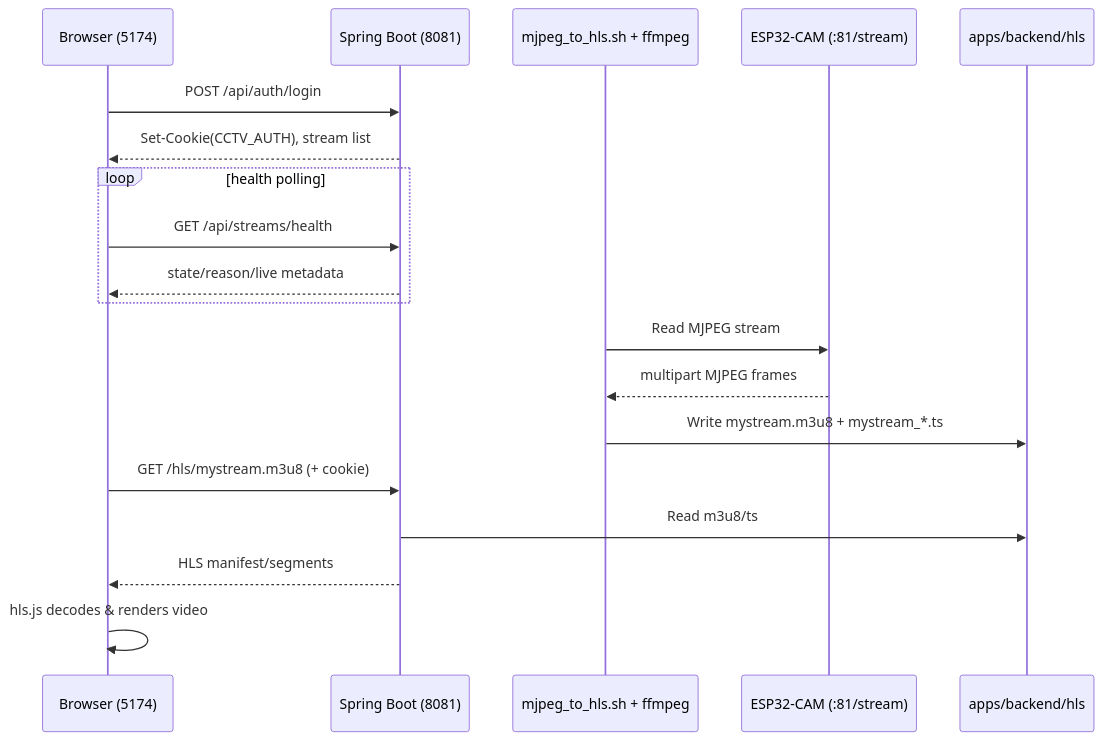
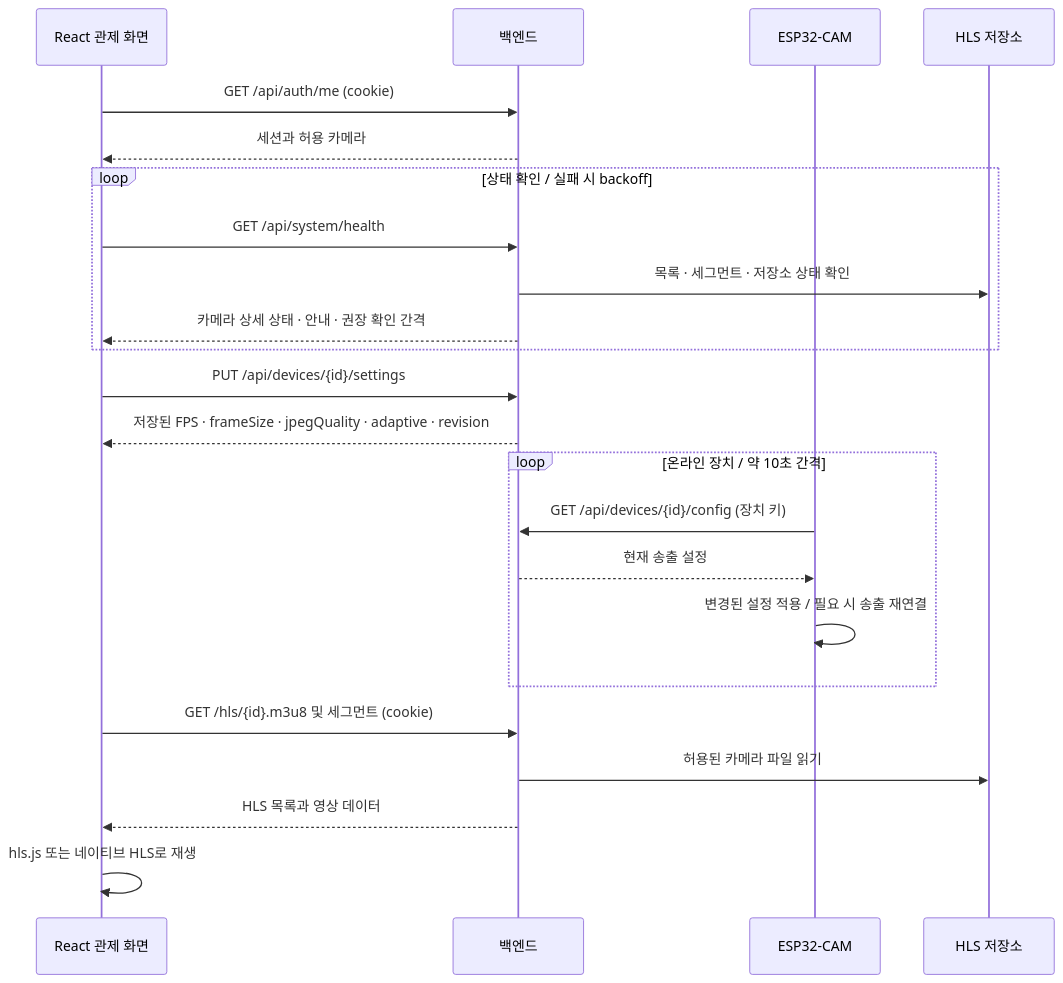
The third of 4 diagrams in docs/system-archtecture/SYSTEM_ARCHITECTURE.md (YooJuno/CCTV_Streaming), drawn with Mermaid before and after one commit. The commit also changed other lines of this file and 105 other files, not shown here.

Commit message:
feat: add ESP32 provisioning and realtime CCTV dashboard

````diff
--- a/docs/system-archtecture/SYSTEM_ARCHITECTURE.md
+++ b/docs/system-archtecture/SYSTEM_ARCHITECTURE.md
@@ -28,25 +62,26 @@
 ```mermaid
 sequenceDiagram
-    participant Browser as Browser (5174)
-    participant Backend as Spring Boot (8081)
-    participant FFmpeg as mjpeg_to_hls.sh + ffmpeg
-    participant ESP32 as ESP32-CAM (:81/stream)
-    participant HLS as apps/backend/hls
+    participant U as React 관제 화면
+    participant B as 백엔드
+    participant C as ESP32-CAM
+    participant H as HLS 저장소
 
-    Browser->>Backend: POST /api/auth/login
-    Backend-->>Browser: Set-Cookie(CCTV_AUTH), stream list
-
-    loop health polling
-        Browser->>Backend: GET /api/streams/health
-        Backend-->>Browser: state/reason/live metadata
+    U->>B: GET /api/auth/me (cookie)
+    B-->>U: 세션과 허용 카메라
+    loop 상태 확인 / 실패 시 backoff
+        U->>B: GET /api/system/health
+        B->>H: 목록 · 세그먼트 · 저장소 상태 확인
+        B-->>U: 카메라 상세 상태 · 안내 · 권장 확인 간격
     end
-
-    FFmpeg->>ESP32: Read MJPEG stream
-    ESP32-->>FFmpeg: multipart MJPEG frames
-    FFmpeg->>HLS: Write mystream.m3u8 + mystream_*.ts
-
-    Browser->>Backend: GET /hls/mystream.m3u8 (+ cookie)
-    Backend->>HLS: Read m3u8/ts
-    Backend-->>Browser: HLS manifest/segments
-    Browser->>Browser: hls.js decodes & renders video
+    U->>B: PUT /api/devices/{id}/settings
+    B-->>U: 저장된 FPS · frameSize · jpegQuality · adaptive · revision
+    loop 온라인 장치 / 약 10초 간격
+        C->>B: GET /api/devices/{id}/config (장치 키)
+        B-->>C: 현재 송출 설정
+        C->>C: 변경된 설정 적용 / 필요 시 송출 재연결
+    end
+    U->>B: GET /hls/{id}.m3u8 및 세그먼트 (cookie)
+    B->>H: 허용된 카메라 파일 읽기
+    B-->>U: HLS 목록과 영상 데이터
+    U->>U: hls.js 또는 네이티브 HLS로 재생
 ```
````
